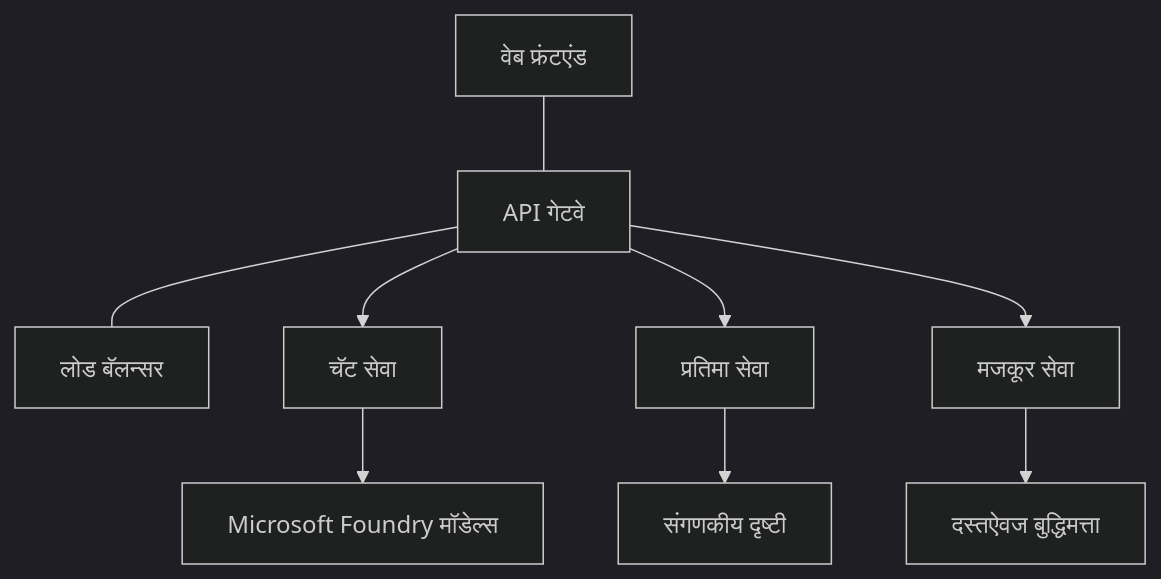
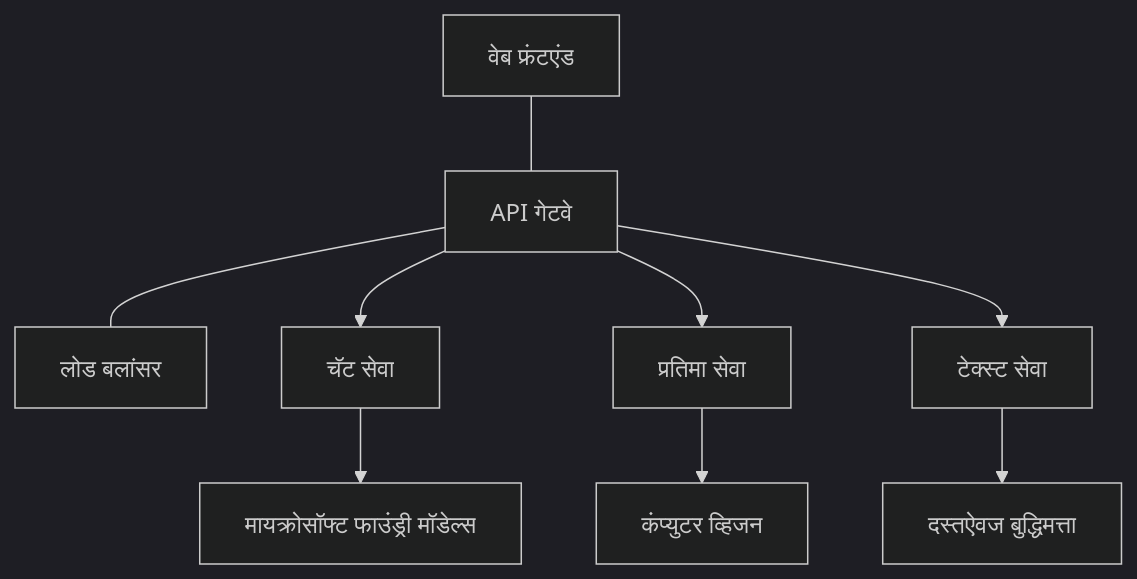
The diagram in translations/mr/docs/chapter-08-production/production-ai-practices.md (microsoft/AZD-for-beginners), drawn with Mermaid (dark theme) before and after one commit. The commit also changed other lines of this file and 104 other files, not shown here.

````diff
--- a/translations/mr/docs/chapter-08-production/production-ai-practices.md
+++ b/translations/mr/docs/chapter-08-production/production-ai-practices.md
@@ -30,10 +30,10 @@
 ```mermaid
 graph TD
-    Frontend[वेब फ्रंटएंड] --- Gateway[API गेटवे] --- LB[लोड बॅलन्सर]
+    Frontend[वेब फ्रंटएंड] --- Gateway[API गेटवे] --- LB[लोड बलांसर]
     Gateway --> Chat[चॅट सेवा]
     Gateway --> Image[प्रतिमा सेवा]
-    Gateway --> Text[मजकूर सेवा]
-    Chat --> OpenAI[Microsoft Foundry मॉडेल्स]
-    Image --> Vision[संगणकीय दृष्टी]
+    Gateway --> Text[टेक्स्ट सेवा]
+    Chat --> OpenAI[मायक्रोसॉफ्ट फाउंड्री मॉडेल्स]
+    Image --> Vision[कंप्युटर व्हिजन]
     Text --> DocIntel[दस्तऐवज बुद्धिमत्ता]
 ```
````
